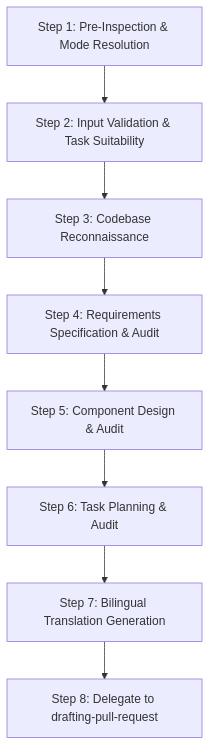
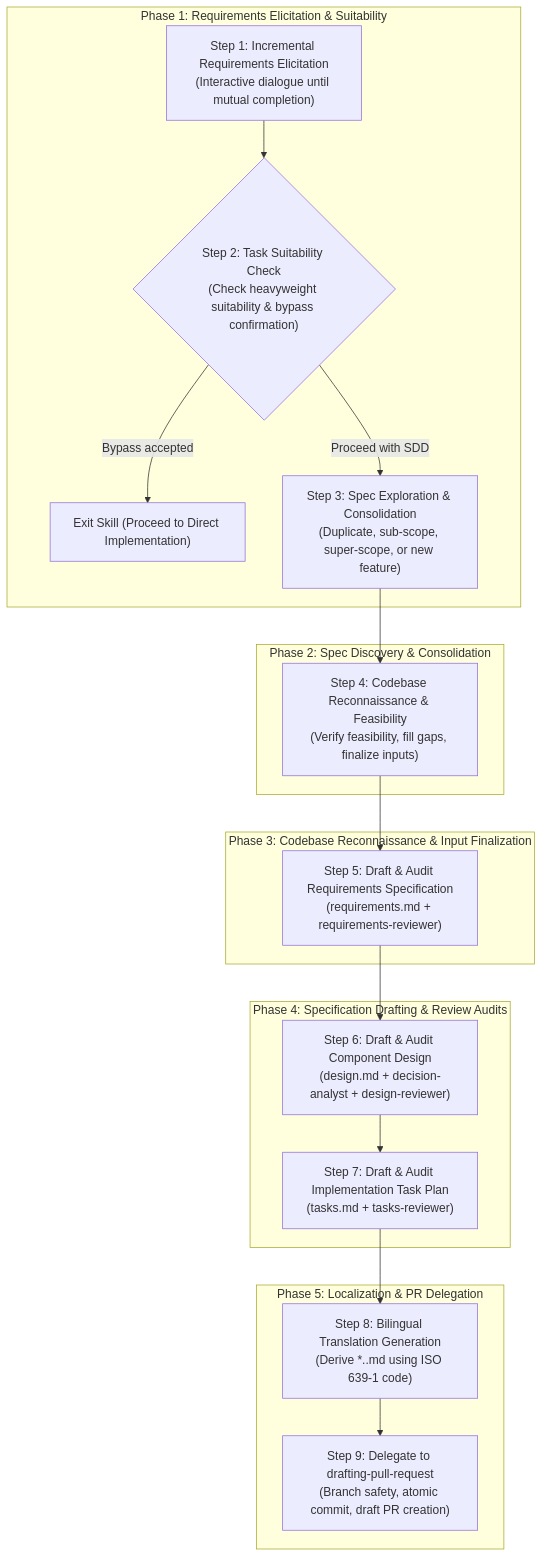
Before and after one commit to green-tea-stalk/swe-agent-skills: the diagram in plugins/swe-workflow/skills/planning-and-designing/README.md, drawn with Mermaid. The commit also changed other lines of this file and 3 other files, not shown here.

````diff
--- a/plugins/swe-workflow/skills/planning-and-designing/README.md
+++ b/plugins/swe-workflow/skills/planning-and-designing/README.md
@@ -50,10 +50,26 @@
 ```mermaid
 flowchart TD
-    S1[Step 1: Pre-Inspection & Mode Resolution] --> S2[Step 2: Input Validation & Task Suitability]
-    S2 --> S3[Step 3: Codebase Reconnaissance]
-    S3 --> S4[Step 4: Requirements Specification & Audit]
-    S4 --> S5[Step 5: Component Design & Audit]
-    S5 --> S6[Step 6: Task Planning & Audit]
-    S6 --> S7[Step 7: Bilingual Translation Generation]
-    S7 --> S8[Step 8: Delegate to drafting-pull-request]
+    subgraph P1["Phase 1: Requirements Elicitation & Suitability"]
+        S1["Step 1: Incremental Requirements Elicitation<br>(Interactive dialogue until mutual completion)"] --> S2{"Step 2: Task Suitability Check<br>(Check heavyweight suitability & bypass confirmation)"}
+        S2 -- "Bypass accepted" --> EXIT["Exit Skill (Proceed to Direct Implementation)"]
+        S2 -- "Proceed with SDD" --> S3
+    end
+
+    subgraph P2["Phase 2: Spec Discovery & Consolidation"]
+        S3["Step 3: Spec Exploration & Consolidation<br>(Duplicate, sub-scope, super-scope, or new feature)"] --> S4
+    end
+
+    subgraph P3["Phase 3: Codebase Reconnaissance & Input Finalization"]
+        S4["Step 4: Codebase Reconnaissance & Feasibility<br>(Verify feasibility, fill gaps, finalize inputs)"] --> S5
+    end
+
+    subgraph P4["Phase 4: Specification Drafting & Review Audits"]
+        S5["Step 5: Draft & Audit Requirements Specification<br>(requirements.md + requirements-reviewer)"] --> S6["Step 6: Draft & Audit Component Design<br>(design.md + decision-analyst + design-reviewer)"]
+        S6 --> S7["Step 7: Draft & Audit Implementation Task Plan<br>(tasks.md + tasks-reviewer)"]
+    end
+
+    subgraph P5["Phase 5: Localization & PR Delegation"]
+        S7 --> S8["Step 8: Bilingual Translation Generation<br>(Derive *.<lang>.md using ISO 639-1 code)"]
+        S8 --> S9["Step 9: Delegate to drafting-pull-request<br>(Branch safety, atomic commit, draft PR creation)"]
+    end
 ```
````
